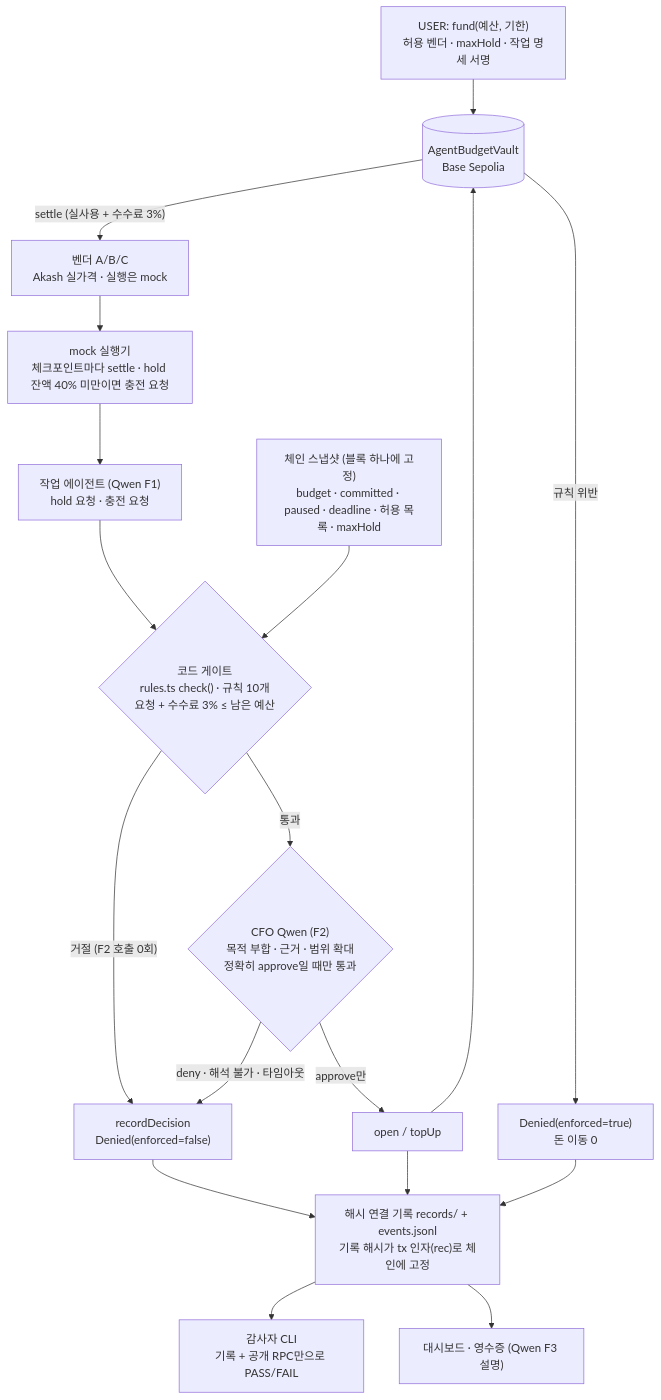
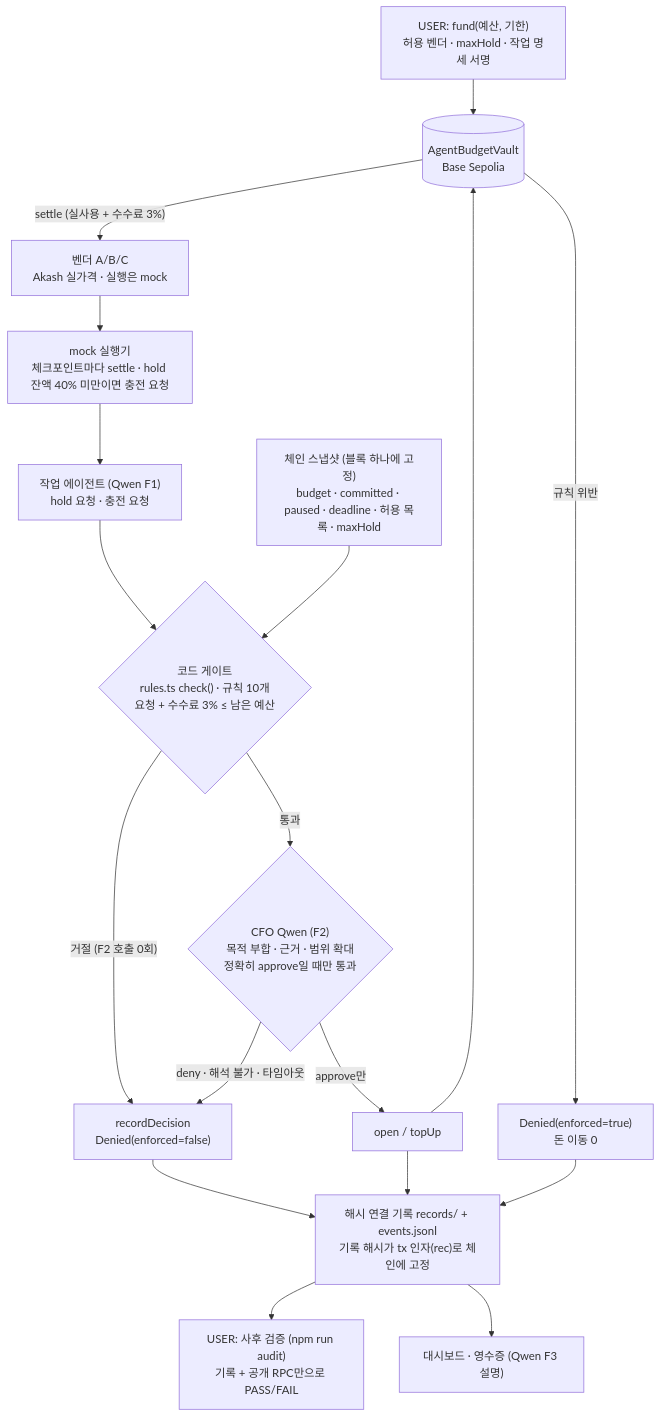
The diagram in README.md (Rehgud/GWDC2026), drawn with Mermaid before and after one commit. The commit also changed other lines of this file and 4 other files, not shown here.

````diff
--- a/README.md
+++ b/README.md
@@ -198,20 +198,20 @@
 ```mermaid
 graph TD
     F["USER: fund(예산, 기한)<br/>허용 벤더 · maxHold · 작업 명세 서명"] --> V[("AgentBudgetVault<br/>Base Sepolia")]
     W["작업 에이전트 (Qwen F1)<br/>hold 요청 · 충전 요청"] --> G{"코드 게이트<br/>rules.ts check() · 규칙 10개<br/>요청 + 수수료 3% ≤ 남은 예산"}
     S["체인 스냅샷 (블록 하나에 고정)<br/>budget · committed · paused · deadline · 허용 목록 · maxHold"] --> G
     G -->|"통과"| C{"CFO Qwen (F2)<br/>목적 부합 · 근거 · 범위 확대<br/>정확히 approve일 때만 통과"}
     G -->|"거절 (F2 호출 0회)"| D["recordDecision<br/>Denied(enforced=false)"]
     C -->|"approve만"| T["open / topUp"]
     C -->|"deny · 해석 불가 · 타임아웃"| D
     T --> V
     V -->|"규칙 위반"| DC["Denied(enforced=true)<br/>돈 이동 0"]
     V -->|"settle (실사용 + 수수료 3%)"| P["벤더 A/B/C<br/>Akash 실가격 · 실행은 mock"]
     X["mock 실행기<br/>체크포인트마다 settle · hold 잔액 40% 미만이면 충전 요청"] --> W
     P --> X
     D --> L["해시 연결 기록 records/ + events.jsonl<br/>기록 해시가 tx 인자(rec)로 체인에 고정"]
     T --> L
     DC --> L
-    L --> A["감사자 CLI<br/>기록 + 공개 RPC만으로 PASS/FAIL"]
+    L --> A["USER: 사후 검증 (npm run audit)<br/>기록 + 공개 RPC만으로 PASS/FAIL"]
     L --> UI["대시보드 · 영수증 (Qwen F3 설명)"]
 ```
````
